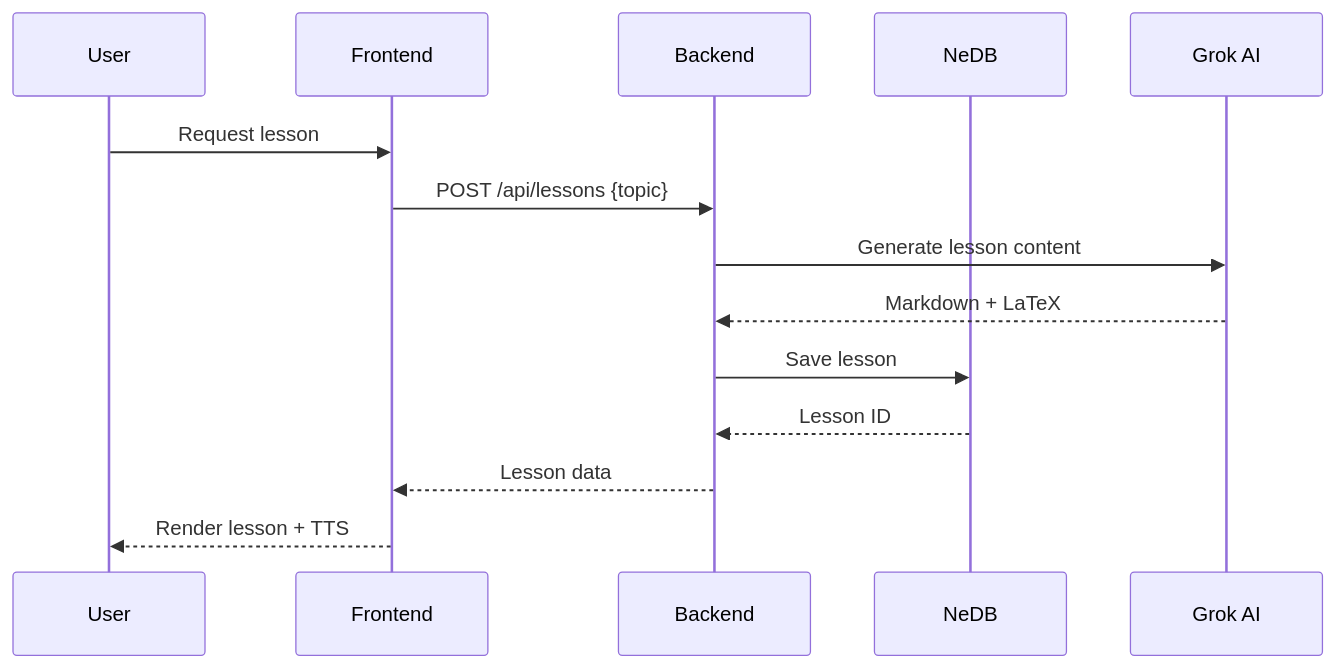
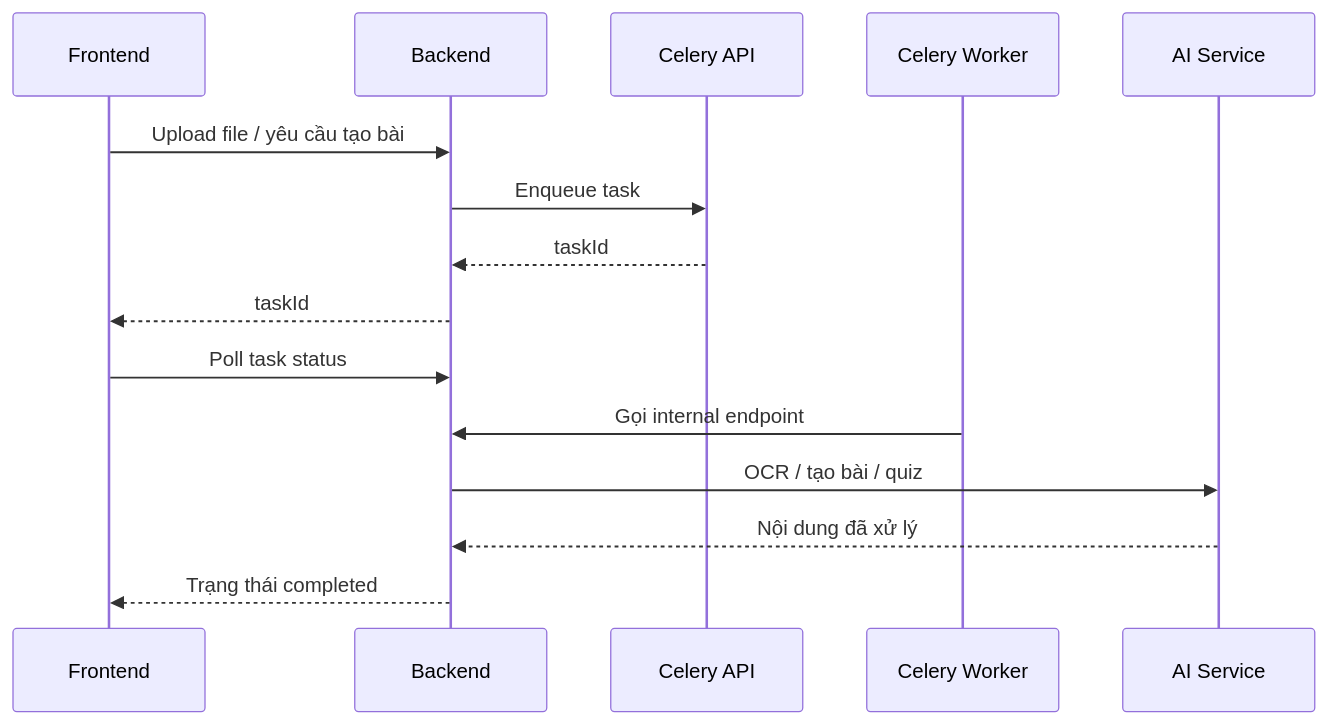
One commit to cuonghk1108/EDUMENTOR changed the second of 2 diagrams in README.md. Above: the diagram before and after it, drawn with Mermaid. The commit also changed other lines of this file, not shown here.

````diff
--- a/README.md
+++ b/README.md
@@ -654,17 +80,18 @@
 ```mermaid
 sequenceDiagram
-    participant U as User
-    participant F as Frontend
-    participant B as Backend
-    participant DB as NeDB
-    participant AI as Grok AI
-    
-    U->>F: Request lesson
-    F->>B: POST /api/lessons {topic}
-    B->>AI: Generate lesson content
-    AI-->>B: Markdown + LaTeX
-    B->>DB: Save lesson
-    DB-->>B: Lesson ID
-    B-->>F: Lesson data
-    F-->>U: Render lesson + TTS
+  participant F as Frontend
+  participant B as Backend
+  participant C as Celery API
+  participant W as Celery Worker
+  participant A as AI Service
+
+  F->>B: Upload file / yêu cầu tạo bài
+  B->>C: Enqueue task
+  C-->>B: taskId
+  B-->>F: taskId
+  F->>B: Poll task status
+  W->>B: Gọi internal endpoint
+  B->>A: OCR / tạo bài / quiz
+  A-->>B: Nội dung đã xử lý
+  B-->>F: Trạng thái completed
 ```
````
